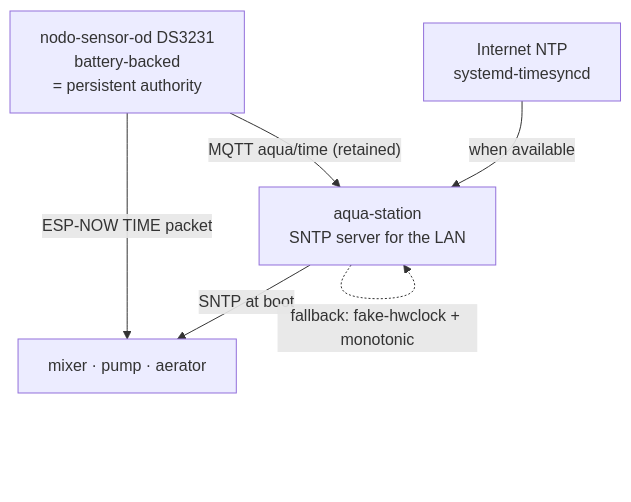
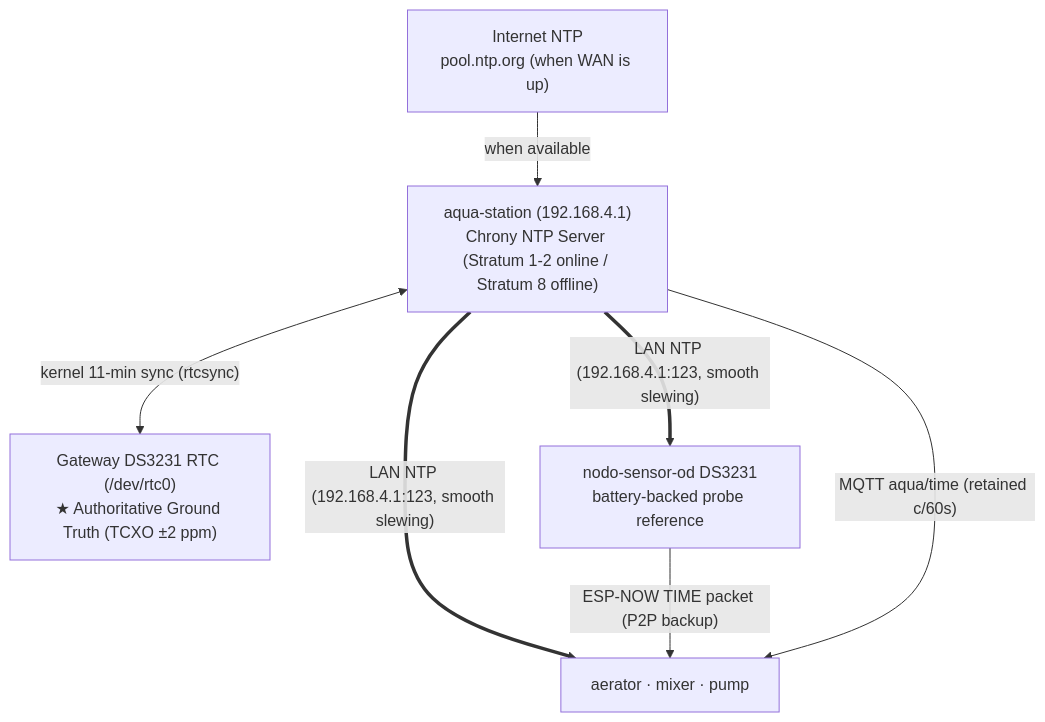
Before and after one commit to YetAnotherUser24/aqua: the diagram in aqua-station/docs/TIME-SYNC.md, drawn with Mermaid. The commit also changed other lines of this file and 15 other files, not shown here.

Commit message:
fix(system): resolve audit findings, hardware RTC time discipline, and node OTA sync

````diff
--- a/aqua-station/docs/TIME-SYNC.md
+++ b/aqua-station/docs/TIME-SYNC.md
@@ -21,12 +20,14 @@
 ```mermaid
 flowchart TB
-  NTP["Internet NTP<br/>systemd-timesyncd"]
-  RTC["nodo-sensor-od DS3231<br/>battery-backed<br/>= persistent authority"]
-  PI["aqua-station<br/>SNTP server for the LAN"]
-  MESH["mixer · pump · aerator"]
+  NTP["Internet NTP<br/>pool.ntp.org (when WAN is up)"]
+  RTC_PI["Gateway DS3231 RTC (/dev/rtc0)<br/>★ Authoritative Ground Truth (TCXO ±2 ppm)"]
+  PI["aqua-station (192.168.4.1)<br/>Chrony NTP Server (Stratum 1-2 online / Stratum 8 offline)"]
+  RTC_OD["nodo-sensor-od DS3231<br/>battery-backed probe reference"]
+  MESH["aerator · mixer · pump"]
+
   NTP -->|"when available"| PI
-  PI -->|"SNTP at boot"| MESH
-  RTC -->|"MQTT aqua/time (retained)"| PI
-  RTC -->|"ESP-NOW TIME packet"| MESH
-  PI -.->|"fallback: fake-hwclock + monotonic"| PI
+  PI <-->|"kernel 11-min sync (rtcsync)"| RTC_PI
+  PI ==>|"LAN NTP (192.168.4.1:123, smooth slewing)"| MESH & RTC_OD
+  RTC_OD -->|"ESP-NOW TIME packet (P2P backup)"| MESH
+  PI -->|"MQTT aqua/time (retained c/60s)"| MESH
 ```
````
